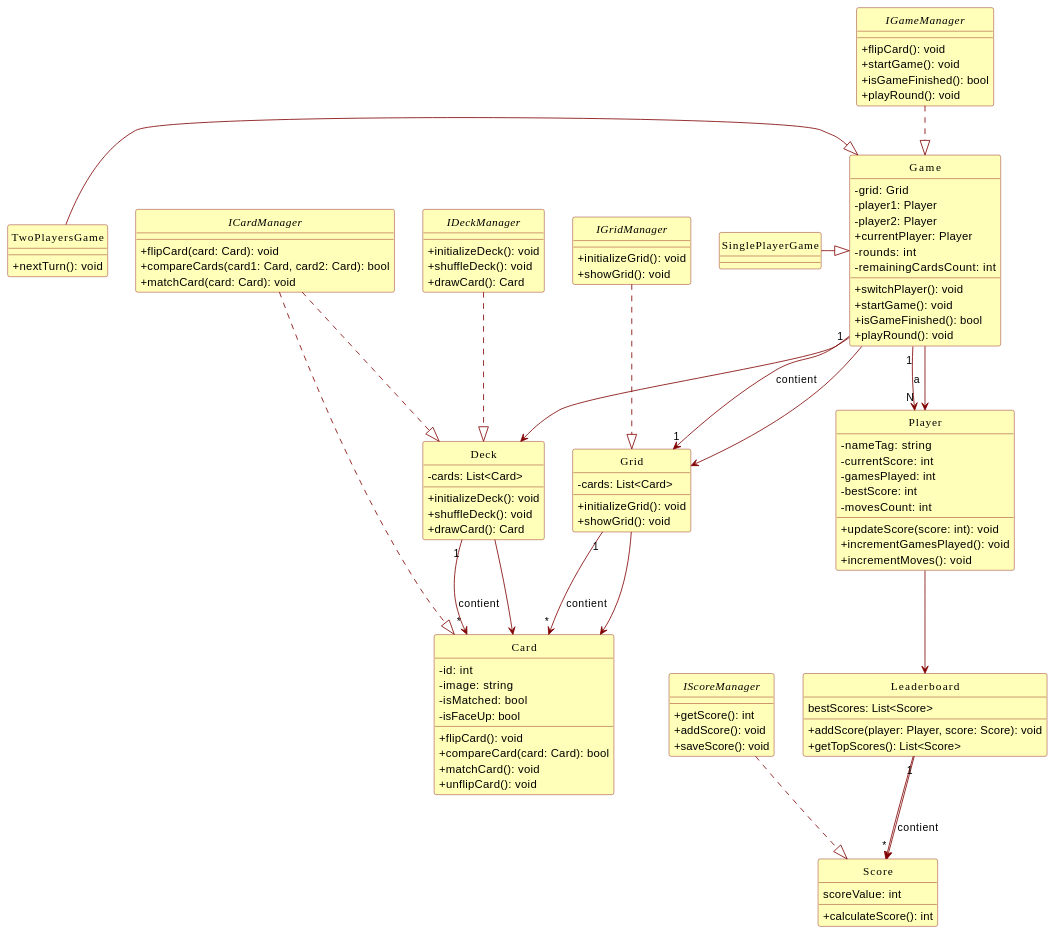
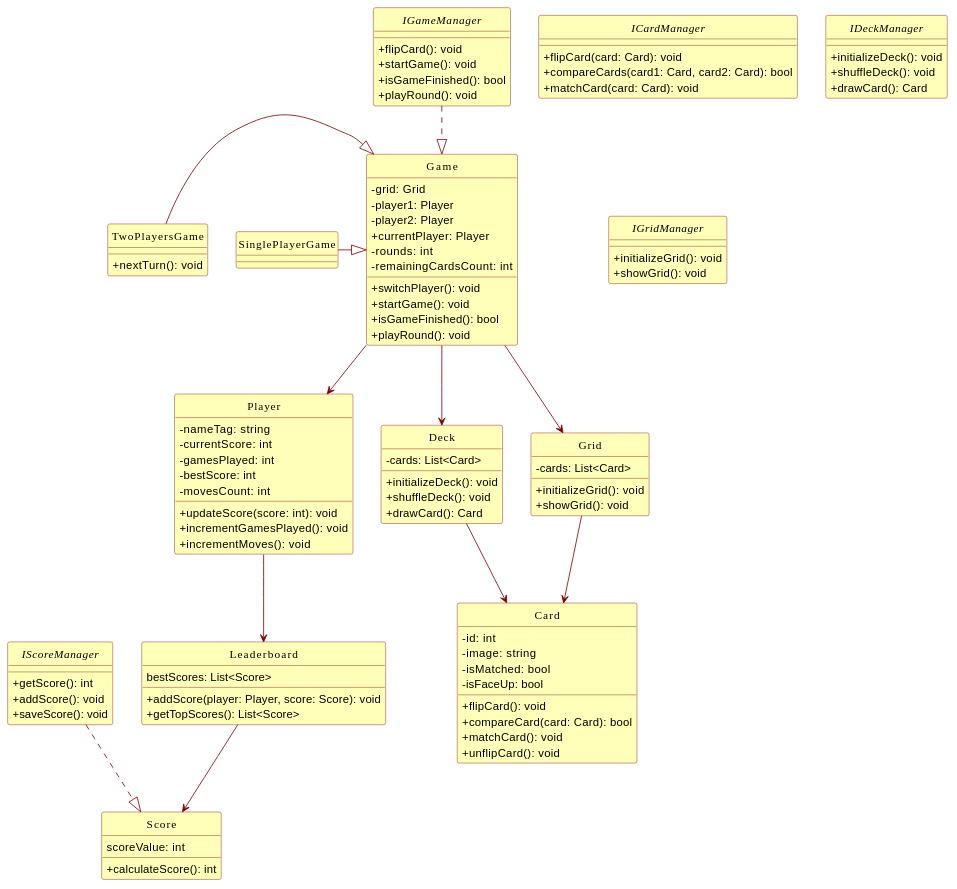
The diagram in src/Docs/Diagrammes/classes.md (PosiTr0n505/Game-Memory), drawn with PlantUML before and after one commit.

Commit message:
Mise à jour de 'src/Docs/Diagrammes/classes.md'

````diff
--- a/src/Docs/Diagrammes/classes.md
+++ b/src/Docs/Diagrammes/classes.md
@@ -131,16 +131,4 @@
 Player --> Leaderboard
 Game --> Deck
 Deck --> Card
-ICardManager ..|> Card
-ICardManager ..|> Deck
-IGridManager ..|> Grid
-IDeckManager ..|> Deck
-
-' Cardinalités
-Deck "1" --> "*" Card : "contient"
-Game "1" --> "N" Player : "a"
-Game "1" --> "1" Grid : "contient"
-Grid "1" --> "*" Card : "contient"
-Leaderboard "1" --> "*" Score : "contient"
-@enduml
 ```
````
